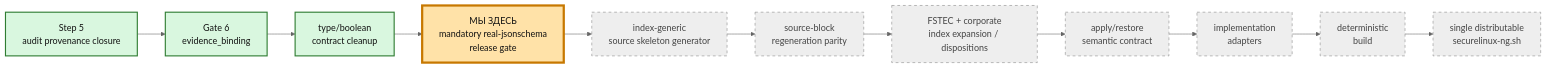
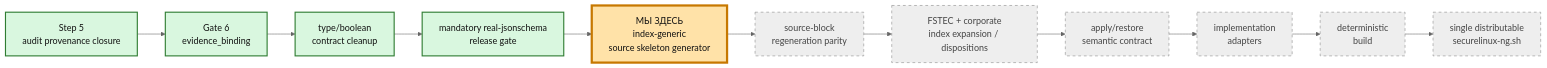
Before and after one commit to rasav65/SecureLinux-Policy: the fifth of 5 diagrams in docs/PROJECT-MAP-v3.md, drawn with Mermaid (neutral theme). The commit also changed other lines of this file and 21 other files, not shown here.

Commit message:
feat: add mandatory real jsonschema release gate

````diff
--- a/docs/PROJECT-MAP-v3.md
+++ b/docs/PROJECT-MAP-v3.md
@@ -252,20 +252,20 @@
 ```mermaid
 flowchart LR
     S1["Step 5<br/>audit provenance closure"]:::closed
     S2["Gate 6<br/>evidence_binding"]:::closed
     S3["type/boolean<br/>contract cleanup"]:::closed
-    S4["МЫ ЗДЕСЬ<br/>mandatory real-jsonschema<br/>release gate"]:::current
-    S5["index-generic<br/>source skeleton generator"]:::future
+    S4["mandatory real-jsonschema<br/>release gate"]:::closed
+    S5["МЫ ЗДЕСЬ<br/>index-generic<br/>source skeleton generator"]:::current
     S6["source-block<br/>regeneration parity"]:::future
     S7["FSTEC + corporate<br/>index expansion / dispositions"]:::future
     S8["apply/restore<br/>semantic contract"]:::future
     S9["implementation<br/>adapters"]:::future
     S10["deterministic<br/>build"]:::future
     S11["single distributable<br/>securelinux-ng.sh"]:::future
 
     S1 --> S2 --> S3 --> S4 --> S5 --> S6 --> S7 --> S8 --> S9 --> S10 --> S11
 
     classDef closed fill:#d9f7df,stroke:#2f7d32,color:#111,stroke-width:2px;
     classDef current fill:#ffe2a8,stroke:#c77800,color:#111,stroke-width:4px;
     classDef future fill:#eeeeee,stroke:#888,color:#444,stroke-dasharray: 5 5;
 ```
````
